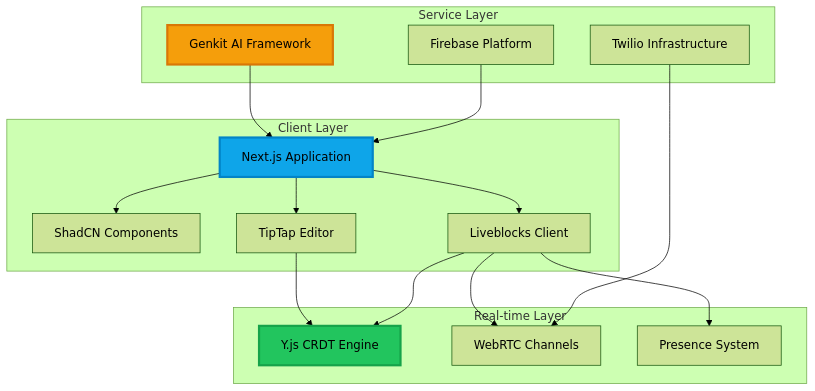
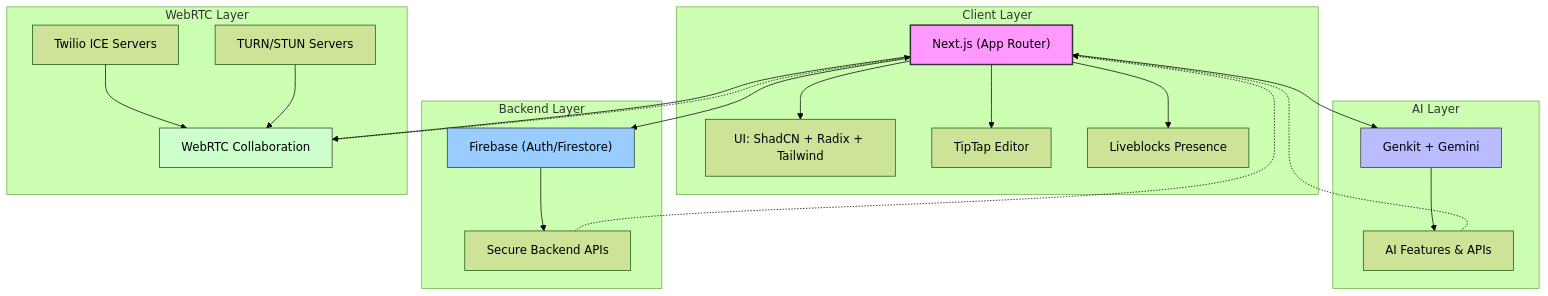
One commit to Mayankdaya/CollabDoc changed the diagram in README.md. Above: the diagram before and after it, drawn with Mermaid (forest theme). The commit also changed other lines of this file, not shown here.

````diff
--- a/README.md
+++ b/README.md
@@ -129,38 +171,49 @@
 ```mermaid
 graph TB
     subgraph "Client Layer"
-        A[Next.js Application]
-        B[ShadCN Components]
-        C[TipTap Editor]
-        D[Liveblocks Client]
+        NextJS["Next.js (App Router)"]
+        UI["UI: ShadCN + Radix + Tailwind"]
+        Editor["TipTap Editor"]
+        Presence["Liveblocks Presence"]
+        
+        NextJS --> UI
+        NextJS --> Editor
+        NextJS --> Presence
     end
+
+    subgraph "AI Layer"
+        Genkit["Genkit + Gemini"]
+        AI_APIs["AI Features & APIs"]
+        
+        Genkit --> AI_APIs
+    end
+
+    subgraph "Backend Layer"
+        Firebase["Firebase (Auth/Firestore)"]
+        APIs["Secure Backend APIs"]
+        
+        Firebase --> APIs
+    end
+
+    subgraph "WebRTC Layer"
+        WebRTC["WebRTC Collaboration"]
+        Twilio["Twilio ICE Servers"]
+        TURN["TURN/STUN Servers"]
+        
+        Twilio --> WebRTC
+        TURN --> WebRTC
+    end
+
+    NextJS --> Genkit
+    NextJS --> Firebase
+    NextJS --> WebRTC
     
-    subgraph "Real-time Layer"
-        E[Y.js CRDT Engine]
-        F[WebRTC Channels]
-        G[Presence System]
-    end
-    
-    subgraph "Service Layer"
-        H[Genkit AI Framework]
-        I[Firebase Platform]
-        J[Twilio Infrastructure]
-    end
-    
-    A --> B
-    A --> C
-    A --> D
-    
-    C --> E
-    D --> E
-    D --> F
-    D --> G
-    
-    H --> A
-    I --> A
-    J --> F
-    
-    style A fill:#0ea5e9,stroke:#0284c7,stroke-width:3px
-    style E fill:#22c55e,stroke:#16a34a,stroke-width:3px
-    style H fill:#f59e0b,stroke:#d97706,stroke-width:3px
+    AI_APIs -.-> NextJS
+    APIs -.-> NextJS
+    WebRTC -.-> NextJS
+
+    style NextJS fill:#f9f,stroke:#333,stroke-width:2px
+    style Genkit fill:#bbf,stroke:#333,stroke-width:1px
+    style Firebase fill:#9cf,stroke:#333,stroke-width:1px
+    style WebRTC fill:#cfc,stroke:#333,stroke-width:1px
 ```
````
